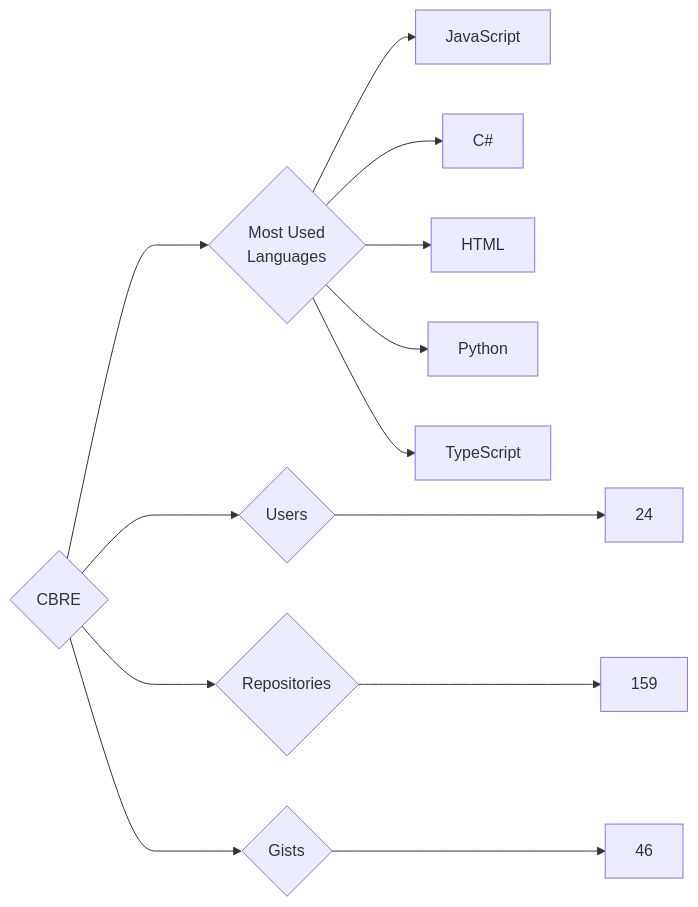
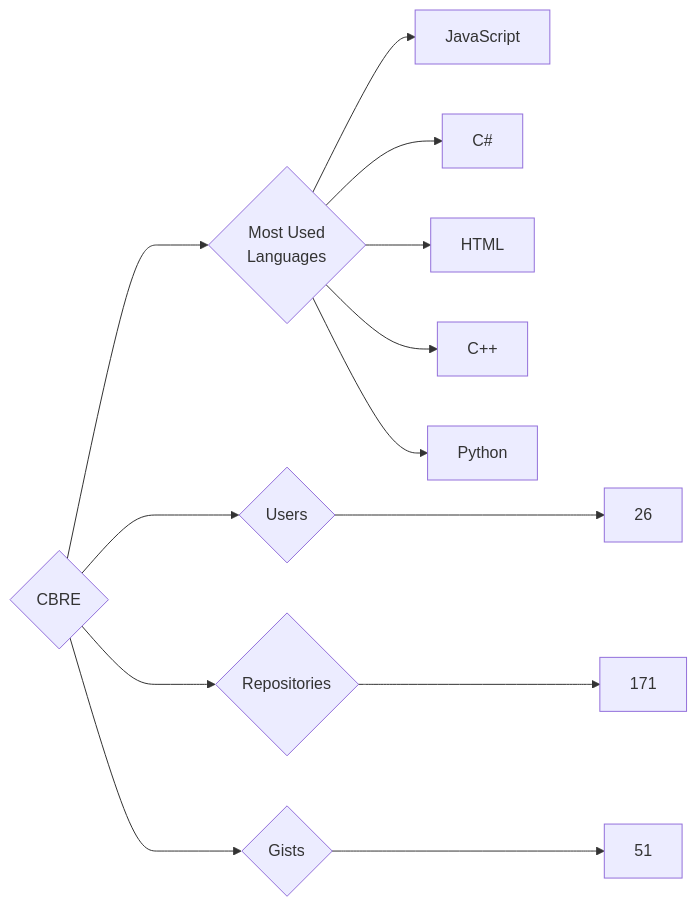
The diagram in targets/CBRE/README.md (trickest/insiders), drawn with Mermaid before and after one commit. The commit also changed 930 other files, not shown here.

````diff
--- a/targets/CBRE/README.md
+++ b/targets/CBRE/README.md
@@ -3,13 +3,13 @@
 ```mermaid
 graph LR
 COMPANY_NAME{CBRE}
-COMPANY_NAME ---> U{Users} ---> UN[24]
-COMPANY_NAME ---> R{Repositories} ---> RN[159]
-COMPANY_NAME ---> G{Gists} ---> GN[46]
+COMPANY_NAME ---> U{Users} ---> UN[26]
+COMPANY_NAME ---> R{Repositories} ---> RN[171]
+COMPANY_NAME ---> G{Gists} ---> GN[51]
 COMPANY_NAME ---> ML{Most Used<br>Languages}
 ML --> JavaScript[JavaScript]
 ML --> C#[C#]
 ML --> HTML[HTML]
+ML --> C++[C++]
 ML --> Python[Python]
-ML --> TypeScript[TypeScript]
 ```
````
